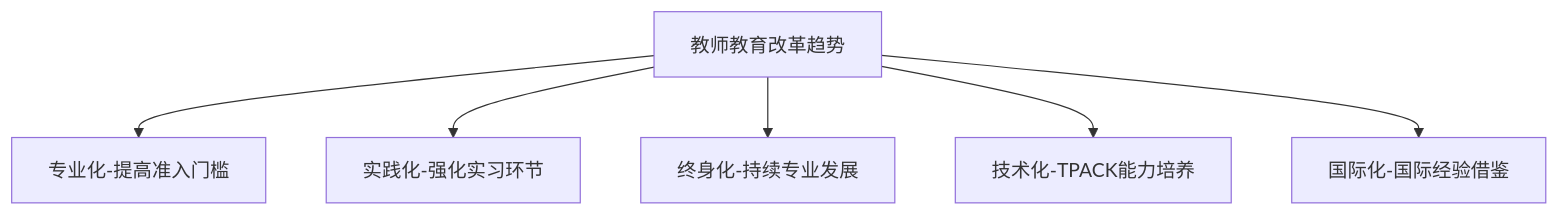
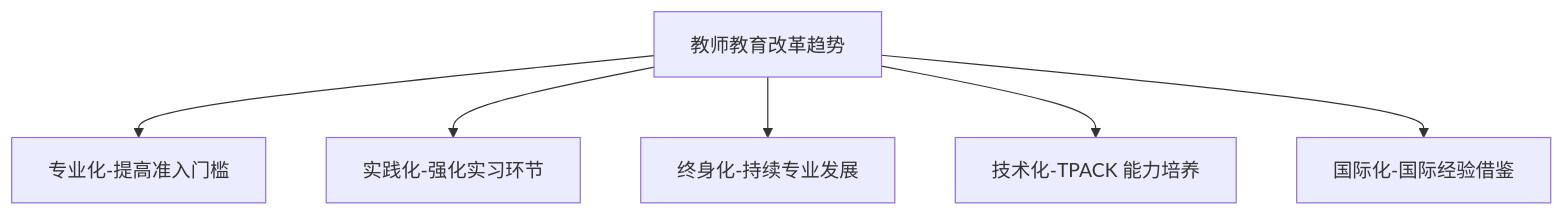
One commit to Tianshang301/TianshangKnowledgeBase changed the second of 2 diagrams in 03_HumanitiesAndSocialSciences/Education/TeacherEducation.md. Above: the diagram before and after it, drawn with Mermaid. The commit also changed other lines of this file and 2257 other files, not shown here.

````diff
--- a/03_HumanitiesAndSocialSciences/Education/TeacherEducation.md
+++ b/03_HumanitiesAndSocialSciences/Education/TeacherEducation.md
@@ -141,8 +143,8 @@
 ```mermaid
 flowchart TD
     A[教师教育改革趋势] --> B[专业化-提高准入门槛]
     A --> C[实践化-强化实习环节]
     A --> D[终身化-持续专业发展]
-    A --> E[技术化-TPACK能力培养]
+    A --> E[技术化-TPACK 能力培养]
     A --> F[国际化-国际经验借鉴]
 ```
````
